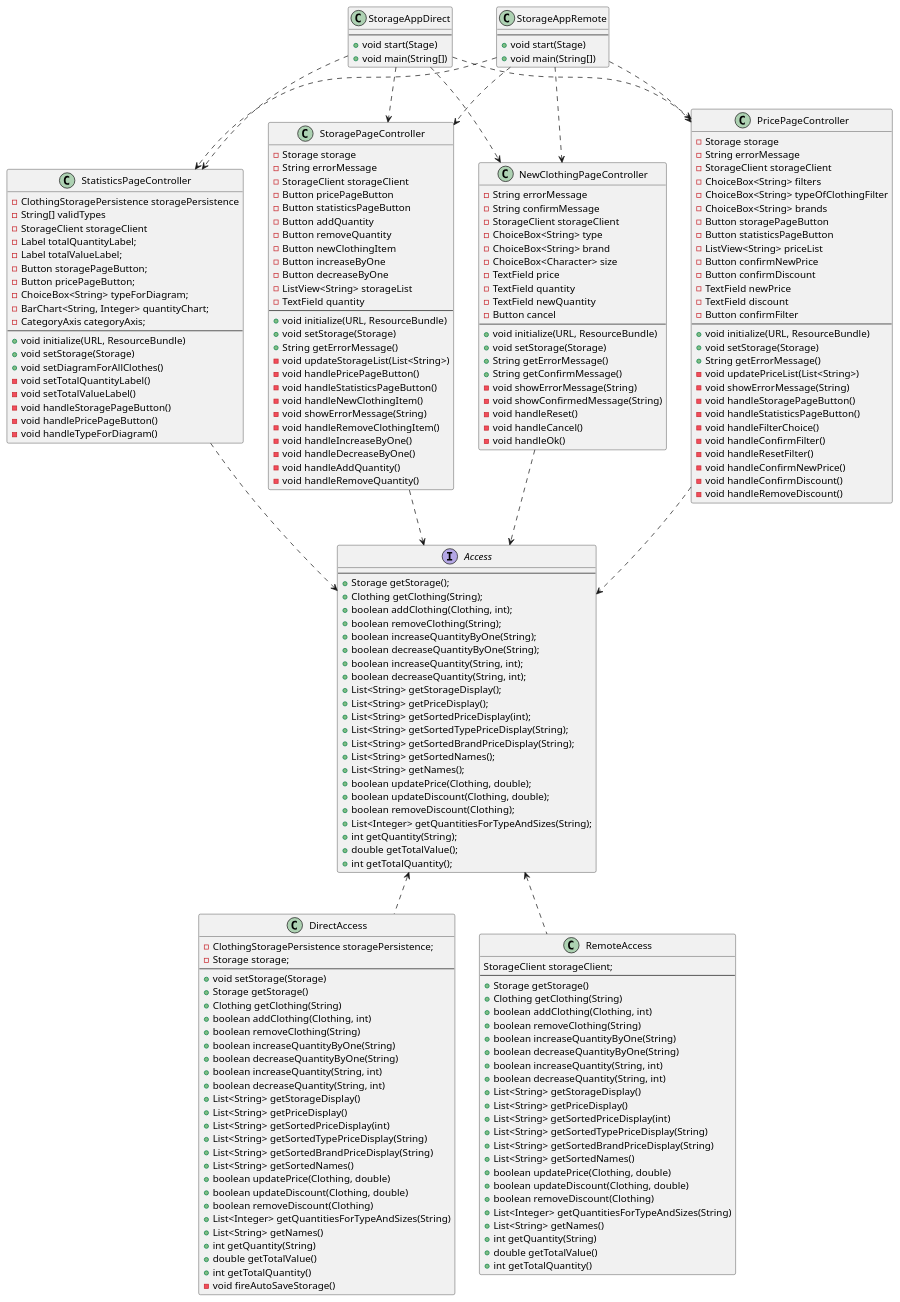
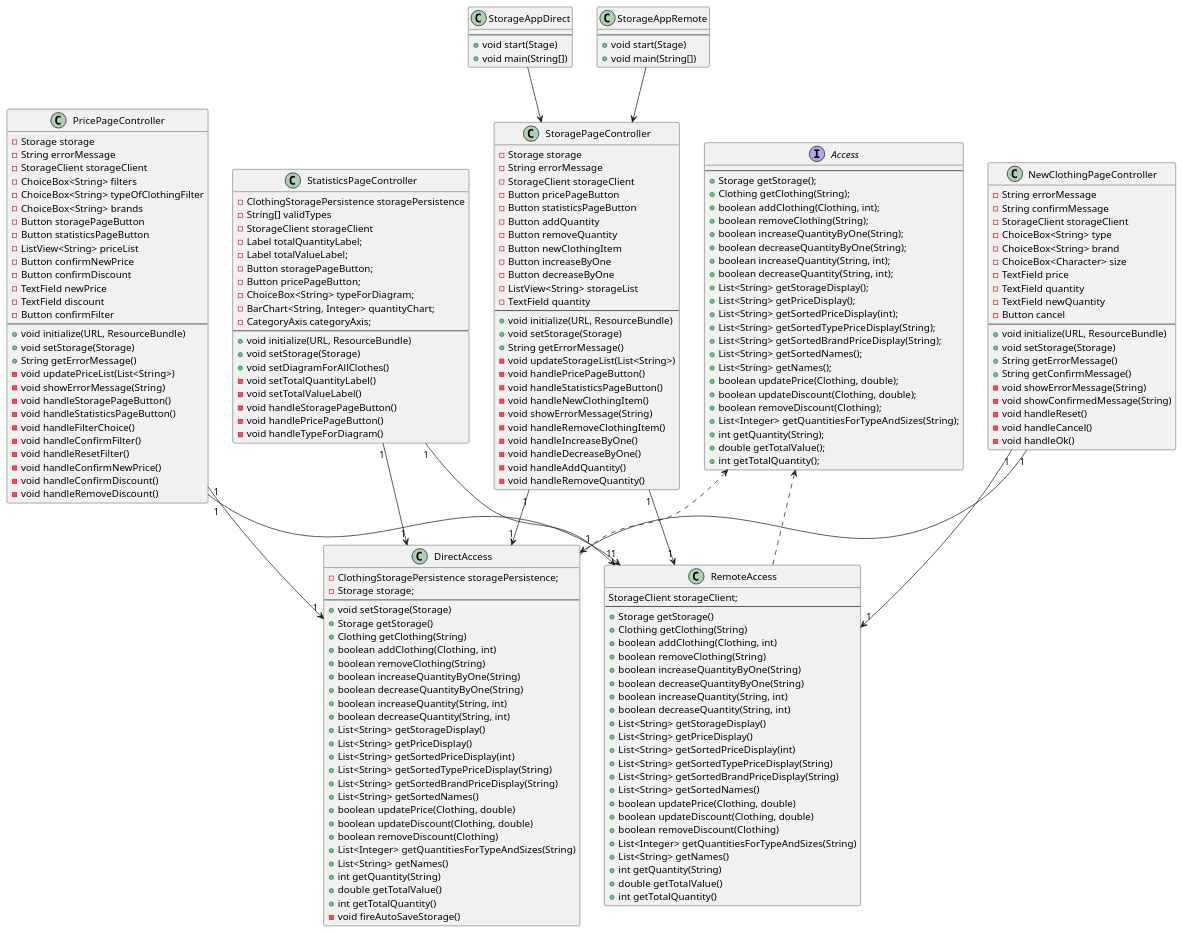
Before and after one commit to olejacobmellgren/clothingStorage: the diagram in docs/release3/diagrams/uiClassDiagram.puml, drawn with PlantUML. The commit also changed 9 other files, not shown here.

First line of the commit message:
#39 made png of class-diagrams

```diff
--- a/docs/release3/diagrams/uiClassDiagram.puml
+++ b/docs/release3/diagrams/uiClassDiagram.puml
@@ -125,33 +125,6 @@
     +void main(String[])
 }
 
-interface Access
-{
-    --
-    +Storage getStorage();
-    +Clothing getClothing(String);
-    +boolean addClothing(Clothing, int);
-    +boolean removeClothing(String);
-    +boolean increaseQuantityByOne(String);
-    +boolean decreaseQuantityByOne(String);
-    +boolean increaseQuantity(String, int);
-    +boolean decreaseQuantity(String, int);
-    +List<String> getStorageDisplay();
-    +List<String> getPriceDisplay();
-    +List<String> getSortedPriceDisplay(int);
-    +List<String> getSortedTypePriceDisplay(String);
-    +List<String> getSortedBrandPriceDisplay(String);
-    +List<String> getSortedNames();
-    +List<String> getNames();
-    +boolean updatePrice(Clothing, double);
-    +boolean updateDiscount(Clothing, double);
-    +boolean removeDiscount(Clothing);
-    +List<Integer> getQuantitiesForTypeAndSizes(String);
-    +int getQuantity(String);
-    +double getTotalValue();
-    +int getTotalQuantity();
-}
-
 class DirectAccess
 {
     -ClothingStoragePersistence storagePersistence;
@@ -211,22 +184,48 @@
     +int getTotalQuantity()
 }
 
-StorageAppDirect ..> NewClothingPageController
-StorageAppDirect ..> PricePageController
-StorageAppDirect ..> StatisticsPageController
-StorageAppDirect ..> StoragePageController
+interface Access
+{
+    --
+    +Storage getStorage();
+    +Clothing getClothing(String);
+    +boolean addClothing(Clothing, int);
+    +boolean removeClothing(String);
+    +boolean increaseQuantityByOne(String);
+    +boolean decreaseQuantityByOne(String);
+    +boolean increaseQuantity(String, int);
+    +boolean decreaseQuantity(String, int);
+    +List<String> getStorageDisplay();
+    +List<String> getPriceDisplay();
+    +List<String> getSortedPriceDisplay(int);
+    +List<String> getSortedTypePriceDisplay(String);
+    +List<String> getSortedBrandPriceDisplay(String);
+    +List<String> getSortedNames();
+    +List<String> getNames();
+    +boolean updatePrice(Clothing, double);
+    +boolean updateDiscount(Clothing, double);
+    +boolean removeDiscount(Clothing);
+    +List<Integer> getQuantitiesForTypeAndSizes(String);
+    +int getQuantity(String);
+    +double getTotalValue();
+    +int getTotalQuantity();
+}
 
-StorageAppRemote ..> NewClothingPageController
-StorageAppRemote ..> PricePageController
-StorageAppRemote ..> StatisticsPageController
-StorageAppRemote ..> StoragePageController
+StorageAppDirect --> StoragePageController
+
+StorageAppRemote --> StoragePageController
+
+NewClothingPageController "1" --> "1" DirectAccess
+PricePageController "1" --> "1" DirectAccess
+StatisticsPageController "1" --> "1" DirectAccess
+StoragePageController "1" --> "1" DirectAccess
+
+NewClothingPageController "1" --> "1" RemoteAccess
+PricePageController "1" --> "1" RemoteAccess
+StatisticsPageController "1" --> "1" RemoteAccess
+StoragePageController "1" --> "1" RemoteAccess
 
 Access <.. DirectAccess
 Access <.. RemoteAccess
 
-NewClothingPageController ..> Access
-PricePageController ..> Access
-StatisticsPageController ..> Access
-StoragePageController ..> Access
-
 @enduml
```
